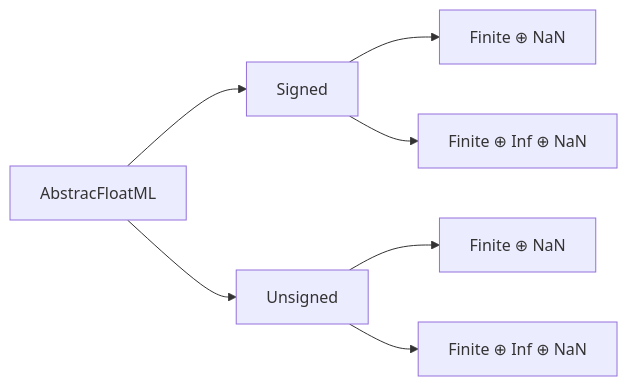
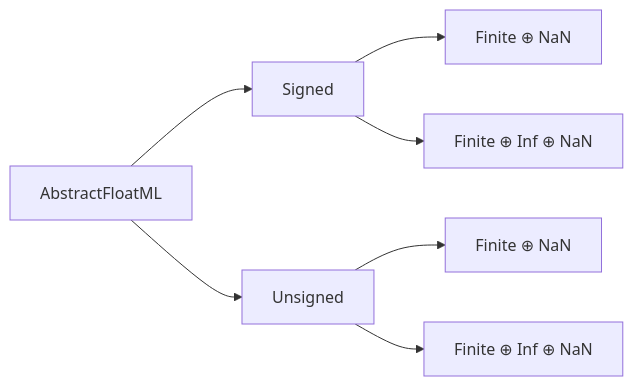
Before and after one commit to JeffreySarnoff/AIFloats.jl: the second of 2 diagrams in docs/src/abstractions.md, drawn with Mermaid. The commit also changed other lines of this file and 10 other files, not shown here.

````diff
--- a/docs/src/abstractions.md
+++ b/docs/src/abstractions.md
@@ -17,10 +17,10 @@
 ```mermaid
 graph LR
-    A[AbstracFloatML] 
+    A[AbstractFloatML] 
     A--> S[Signed]
     A--> U[Unsigned]
     S--> SF[Finite ⊕ NaN]
     S--> SE[Finite ⊕ Inf ⊕ NaN]
     U--> UF[Finite ⊕ NaN]
     U--> UE[Finite ⊕ Inf ⊕ NaN]
 ```
````
